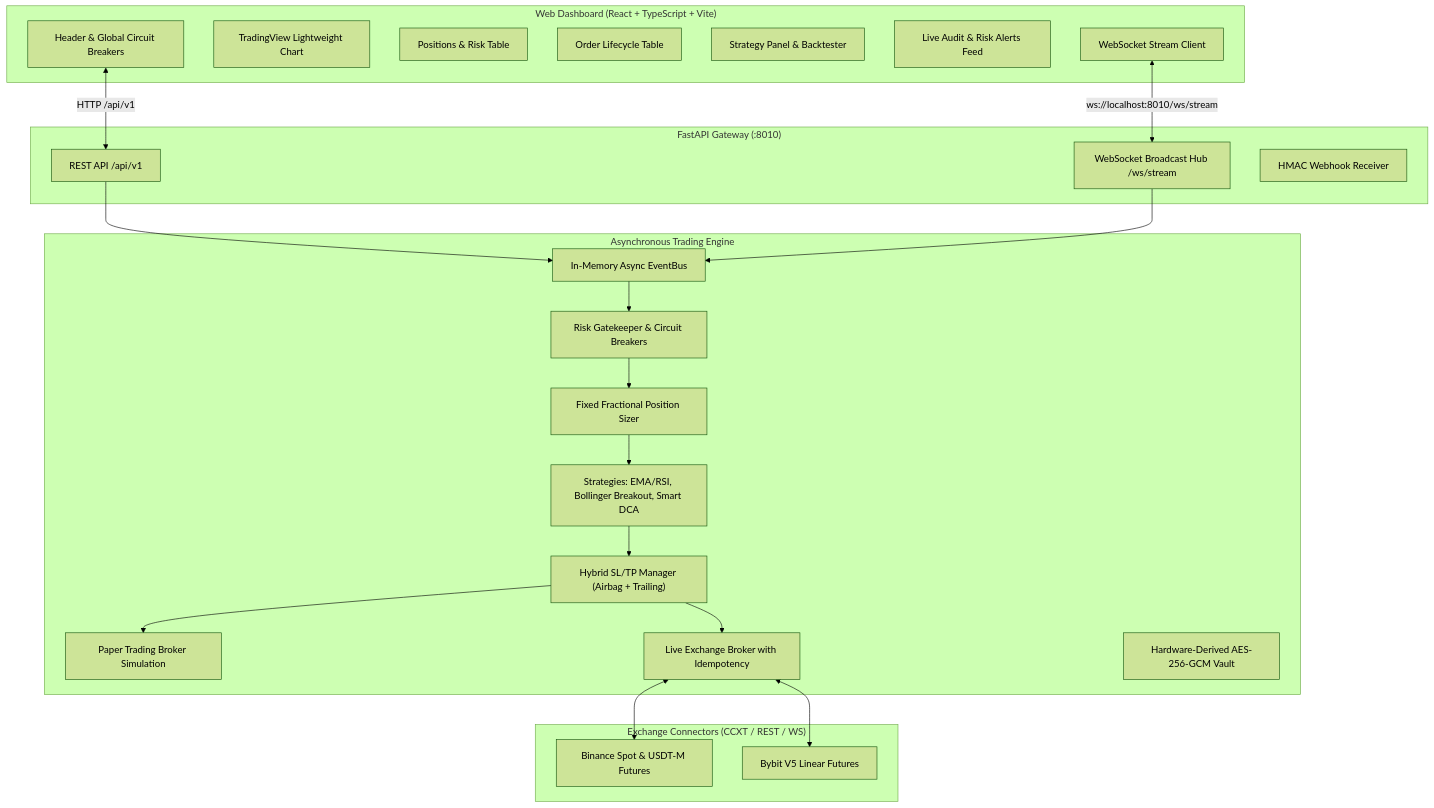
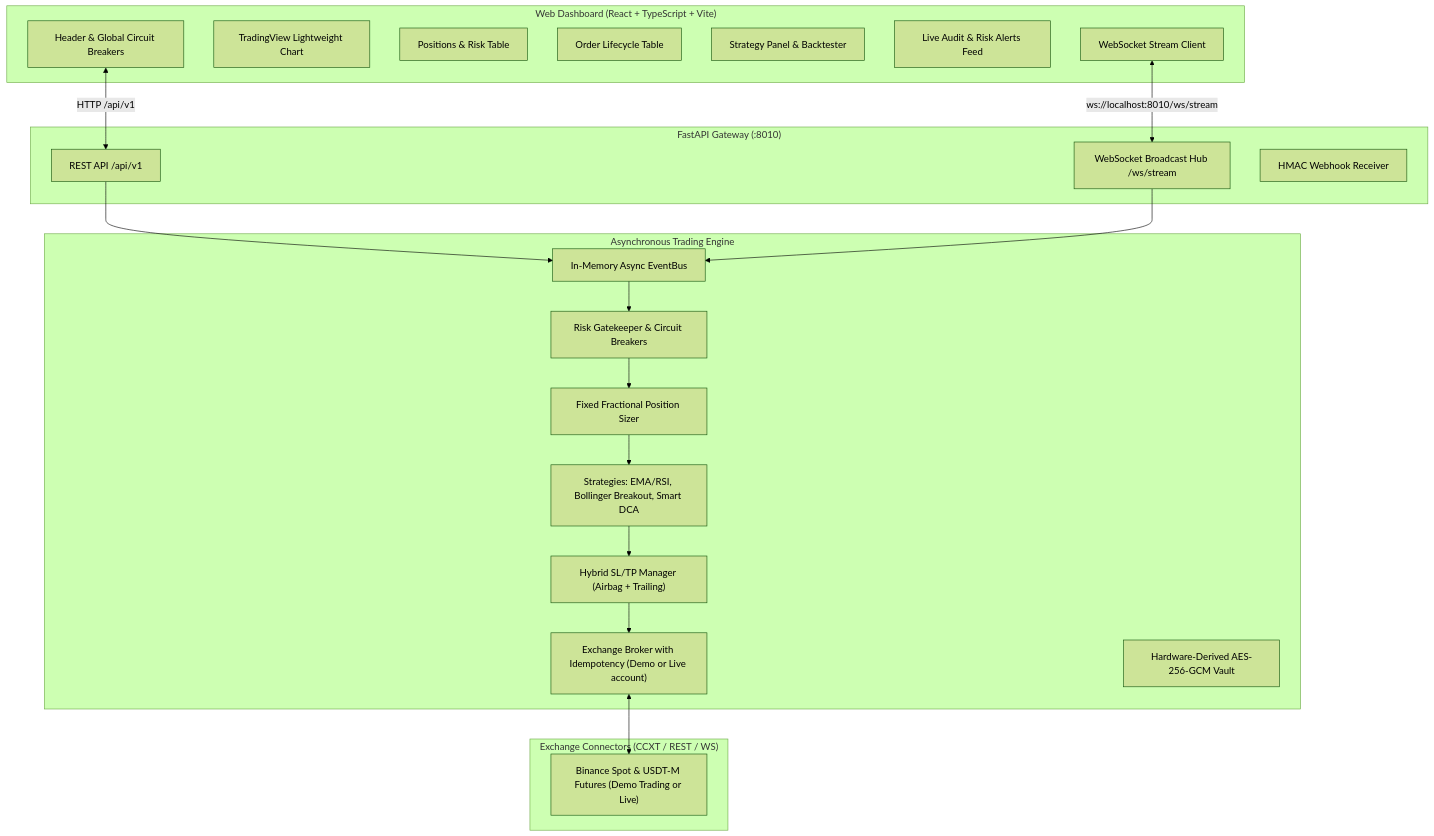
One commit to Bajidaan/crypto-trading-platform changed the diagram in README.md. Above: the diagram before and after it, drawn with Mermaid (forest theme). The commit also changed other lines of this file and 32 other files, not shown here.

````diff
--- a/README.md
+++ b/README.md
@@ -9,47 +9,43 @@
 ```mermaid
 flowchart TD
     subgraph Frontend ["Web Dashboard (React + TypeScript + Vite)"]
         UI_Head["Header & Global Circuit Breakers"]
         UI_Chart["TradingView Lightweight Chart"]
         UI_Pos["Positions & Risk Table"]
         UI_Ord["Order Lifecycle Table"]
         UI_Strat["Strategy Panel & Backtester"]
         UI_Feed["Live Audit & Risk Alerts Feed"]
         UI_WS["WebSocket Stream Client"]
     end
 
     subgraph Gateway ["FastAPI Gateway (:8010)"]
         REST_API["REST API /api/v1"]
         WS_HUB["WebSocket Broadcast Hub /ws/stream"]
         SEC_AUTH["HMAC Webhook Receiver"]
     end
 
     subgraph CoreEngine ["Asynchronous Trading Engine"]
         BUS["In-Memory Async EventBus"]
         RISK["Risk Gatekeeper & Circuit Breakers"]
         SIZER["Fixed Fractional Position Sizer"]
         STRATS["Strategies: EMA/RSI, Bollinger Breakout, Smart DCA"]
         SLTP["Hybrid SL/TP Manager (Airbag + Trailing)"]
-        PAPER["Paper Trading Broker Simulation"]
-        LIVE["Live Exchange Broker with Idempotency"]
+        LIVE["Exchange Broker with Idempotency (Demo or Live account)"]
         VAULT["Hardware-Derived AES-256-GCM Vault"]
     end
 
     subgraph Exchanges ["Exchange Connectors (CCXT / REST / WS)"]
-        BINANCE["Binance Spot & USDT-M Futures"]
-        BYBIT["Bybit V5 Linear Futures"]
+        BINANCE["Binance Spot & USDT-M Futures (Demo Trading or Live)"]
     end
 
     UI_WS <-->|"ws://localhost:8010/ws/stream"| WS_HUB
     UI_Head <-->|"HTTP /api/v1"| REST_API
     REST_API --> BUS
     WS_HUB --> BUS
     BUS --> RISK
     RISK --> SIZER
     SIZER --> STRATS
     STRATS --> SLTP
-    SLTP --> PAPER
     SLTP --> LIVE
     LIVE <--> BINANCE
-    LIVE <--> BYBIT
 ```
````
